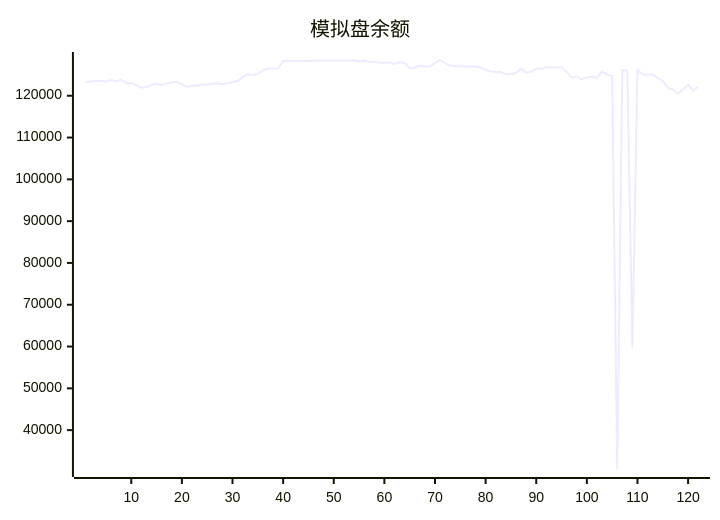
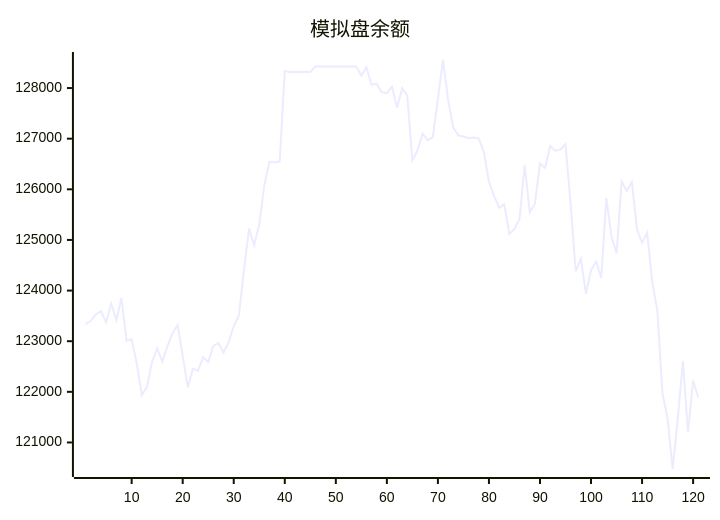
Before and after one commit to aahl/ai-trading: the diagram in README.md, drawn with Mermaid. The commit also changed other lines of this file and 1 other file, not shown here.

````diff
--- a/README.md
+++ b/README.md
@@ -5,5 +5,5 @@
 ```mermaid
 xychart
     title "模拟盘余额"
-    line [123338,123402,123530,123592,123378,123745,123413,123853,123009,123040,122557,121938,122095,122599,122856,122597,122898,123160,123319,122719,122087,122454,122416,122685,122592,122907,122961,122776,122981,123295,123507,124403,125224,124894,125303,126088,126544,126534,126549,128335,128318,128318,128318,128318,128318,128424,128424,128424,128424,128424,128424,128424,128424,128424,128247,128412,128062,128087,127917,127901,128026,127611,128000,127850,126572,126770,127100,126971,127029,127783,128554,127765,127224,127064,127044,127009,127025,127004,126738,126152,125871,125635,125707,125117,125217,125420,126480,125545,125715,126511,126424,126856,126764,126788,126890,125710,124381,124632,123936,124402,124574,124256,125833,125070,124739,30700,126154,125966,59800,126145,125213,124943,125143,124157,123604,121959,121476,120476,121470,122610,121201,122221]
+    line [123338,123402,123530,123592,123378,123745,123413,123853,123009,123040,122557,121938,122095,122599,122856,122597,122898,123160,123319,122719,122087,122454,122416,122685,122592,122907,122961,122776,122981,123295,123507,124403,125224,124894,125303,126088,126544,126534,126549,128335,128318,128318,128318,128318,128318,128424,128424,128424,128424,128424,128424,128424,128424,128424,128247,128412,128062,128087,127917,127901,128026,127611,128000,127850,126572,126770,127100,126971,127029,127783,128554,127765,127224,127064,127044,127009,127025,127004,126738,126152,125871,125635,125707,125117,125217,125420,126480,125545,125715,126511,126424,126856,126764,126788,126890,125710,124381,124632,123936,124402,124574,124256,125833,125070,124739,126154,125966,126145,125213,124943,125143,124157,123604,121959,121476,120476,121470,122610,121201,122221,121889]
 ```
````
